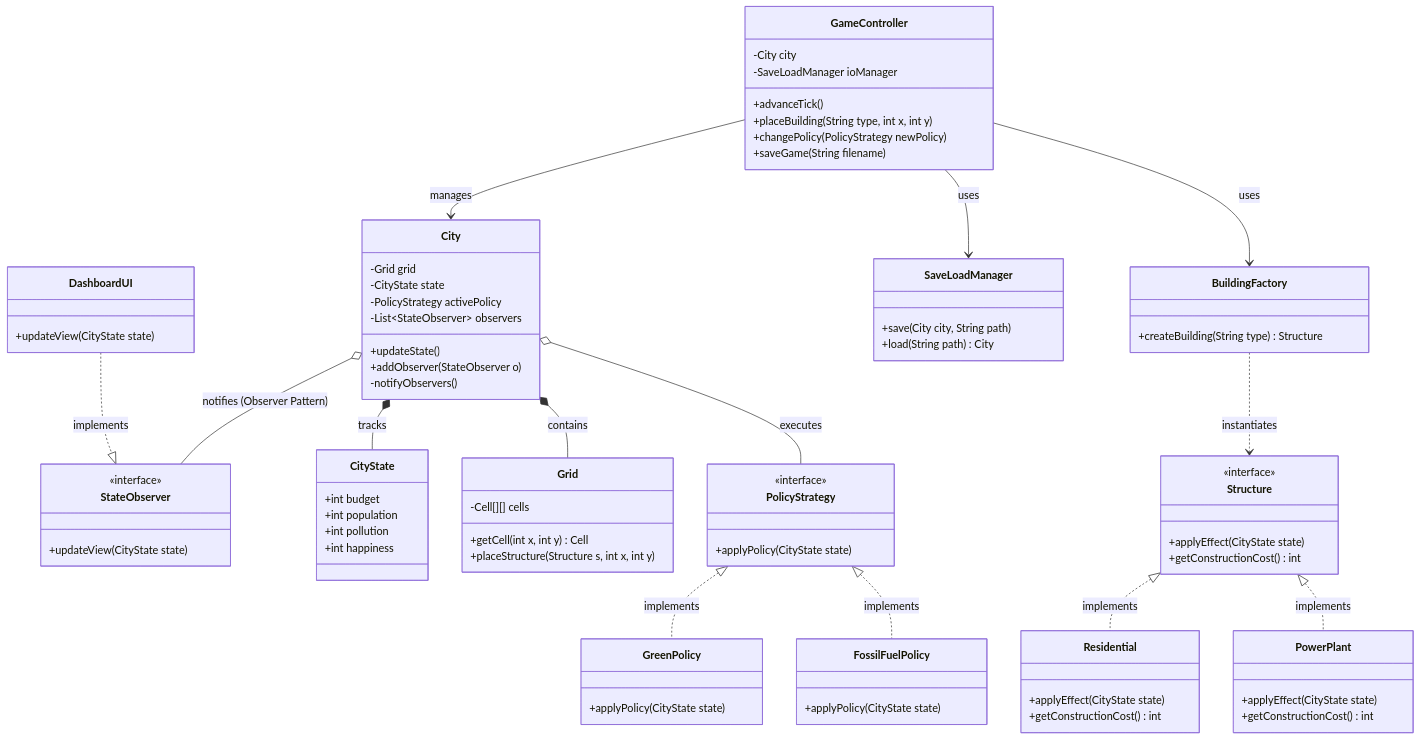
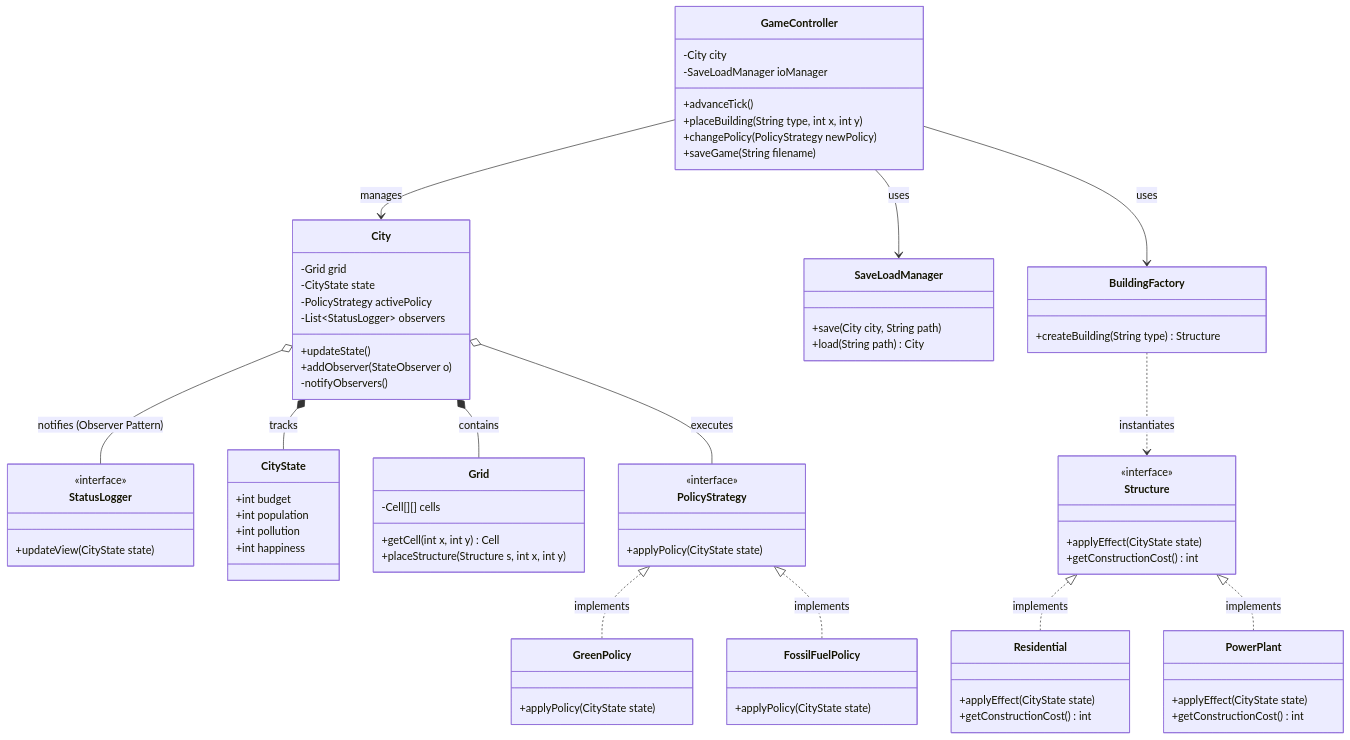
The diagram in docs/ClassDiagram.md (simonebumstead/city_simulator), drawn with Mermaid before and after one commit. The commit also changed other lines of this file and 1 other file, not shown here.

Commit message:
modifica ClassDiagram.md e aggiunta del Sequence Diagram del Save

````diff
--- a/docs/ClassDiagram.md
+++ b/docs/ClassDiagram.md
@@ -1,10 +1,7 @@
 ```mermaid
 classDiagram
-%% --- PRESENTATION LAYER (MVC) ---
-    class DashboardUI {
-        +updateView(CityState state)
-    }
-    class StateObserver {
+    
+    class StatusLogger {
         <<interface>>
         +updateView(CityState state)
     }
@@ -24,7 +21,7 @@
         -Grid grid
         -CityState state
         -PolicyStrategy activePolicy
-        -List~StateObserver~ observers
+        -List~StatusLogger~ observers
         +updateState()
         +addObserver(StateObserver o)
         -notifyObservers()
@@ -82,8 +79,7 @@
     }
 
 %% --- RELATIONS & DEPENDENCIES ---
-    DashboardUI ..|> StateObserver : implements
-    City o-- StateObserver : notifies (Observer Pattern)
+    City o-- StatusLogger : notifies (Observer Pattern)
 
     GameController --> City : manages
     GameController --> BuildingFactory : uses
````
